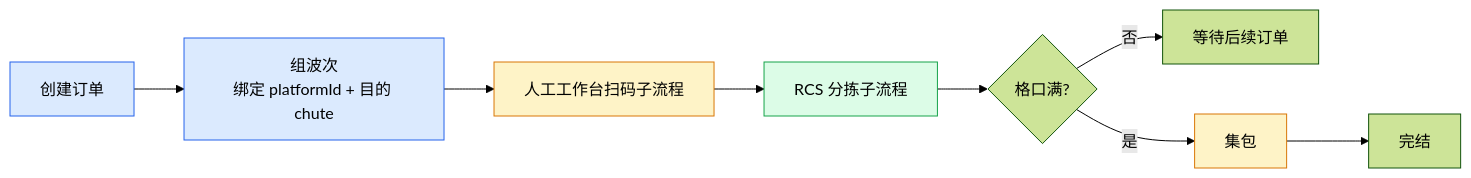
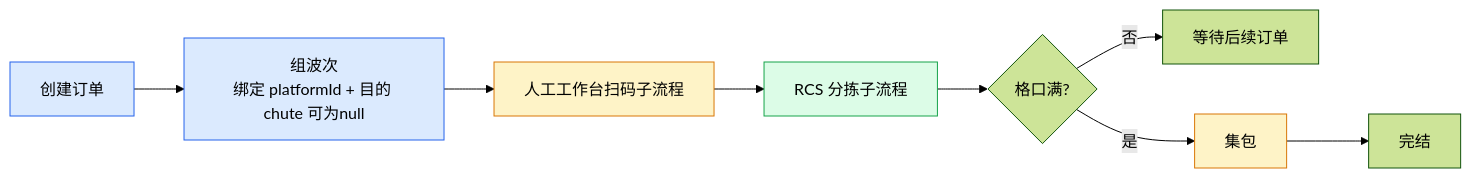
One commit to junqing258/ses-flow changed the first of 5 diagrams in docs/plans/分拣场景规划.md. Above: the diagram before and after it, drawn with Mermaid (forest theme). The commit also changed other lines of this file and 1 other file, not shown here.

````diff
--- a/docs/plans/分拣场景规划.md
+++ b/docs/plans/分拣场景规划.md
@@ -7,17 +7,17 @@
 ```mermaid
 flowchart LR
-    A[创建订单] --> B[组波次<br/>绑定 platformId + 目的 chute]
+    A[创建订单] --> B[组波次<br/>绑定 platformId + 目的 chute 可为null]
     B --> C[人工工作台扫码子流程]
     C --> D[RCS 分拣子流程]
     D --> E{格口满?}
     E -- 否 --> F[等待后续订单]
     E -- 是 --> G[集包]
     G --> H[完结]
 
     classDef manual fill:#fef3c7,stroke:#d97706
     classDef system fill:#dbeafe,stroke:#2563eb
     classDef rcs fill:#dcfce7,stroke:#16a34a
     class A,B system
     class C,G manual
     class D rcs
 ```
````
